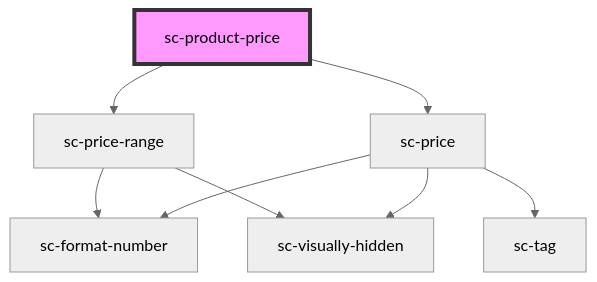
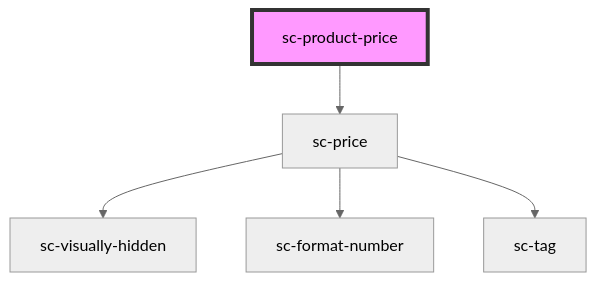
Before and after one commit to surecart/surecart-wp-plugin: the diagram in packages/components/src/components/controllers/product/sc-product-price/readme.md, drawn with Mermaid (neutral theme). The commit also changed other lines of this file and 37 other files, not shown here.

````diff
--- a/packages/components/src/components/controllers/product/sc-product-price/readme.md
+++ b/packages/components/src/components/controllers/product/sc-product-price/readme.md
@@ -25,11 +24,8 @@
 ```mermaid
 graph TD;
-  sc-product-price --> sc-price-range
   sc-product-price --> sc-price
-  sc-price-range --> sc-format-number
-  sc-price-range --> sc-visually-hidden
   sc-price --> sc-visually-hidden
   sc-price --> sc-format-number
   sc-price --> sc-tag
   style sc-product-price fill:#f9f,stroke:#333,stroke-width:4px
 ```
````
